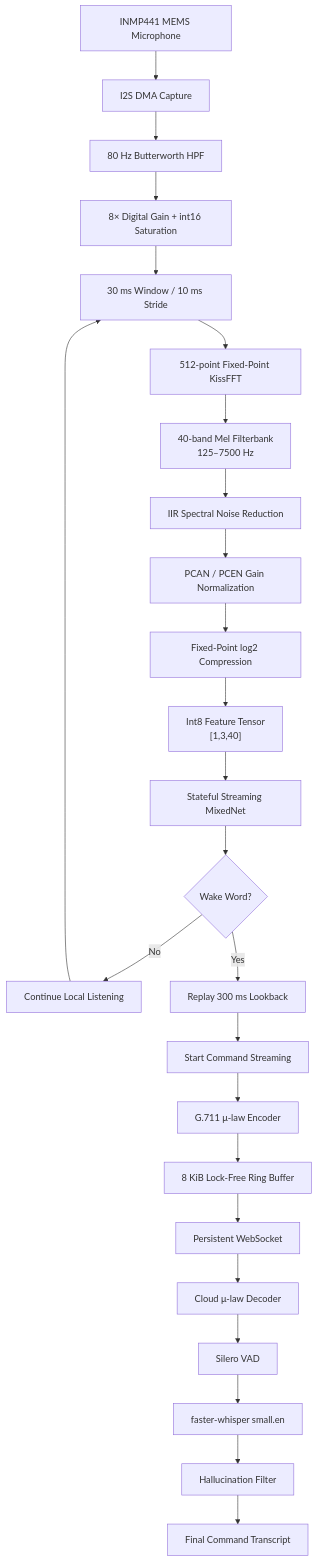
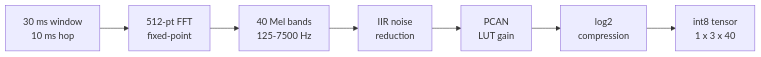
Before and after one commit to Raj24-dev/Kws: the second of 12 diagrams in README.md, drawn with Mermaid. The commit also changed other lines of this file, not shown here.

````diff
--- a/README.md
+++ b/README.md
@@ -191,55 +61,4 @@
 ```mermaid
-flowchart TD
-
-    A["INMP441 MEMS Microphone"]
-    B["I2S DMA Capture"]
-    C["80 Hz Butterworth HPF"]
-    D["8× Digital Gain + int16 Saturation"]
-    E["30 ms Window / 10 ms Stride"]
-    F["512-point Fixed-Point KissFFT"]
-    G["40-band Mel Filterbank<br/>125–7500 Hz"]
-    H["IIR Spectral Noise Reduction"]
-    I["PCAN / PCEN Gain Normalization"]
-    J["Fixed-Point log2 Compression"]
-    K["Int8 Feature Tensor<br/>[1,3,40]"]
-    L["Stateful Streaming MixedNet"]
-    M{"Wake Word?"}
-    N["Continue Local Listening"]
-    O["Replay 300 ms Lookback"]
-    P["Start Command Streaming"]
-    Q["G.711 μ-law Encoder"]
-    R["8 KiB Lock-Free Ring Buffer"]
-    S["Persistent WebSocket"]
-    T["Cloud μ-law Decoder"]
-    U["Silero VAD"]
-    V["faster-whisper small.en"]
-    W["Hallucination Filter"]
-    X["Final Command Transcript"]
-
-    A --> B
-    B --> C
-    C --> D
-    D --> E
-    E --> F
-    F --> G
-    G --> H
-    H --> I
-    I --> J
-    J --> K
-    K --> L
-    L --> M
-
-    M -->|No| N
-    N --> E
-
-    M -->|Yes| O
-    O --> P
-    P --> Q
-    Q --> R
-    R --> S
-    S --> T
-    T --> U
-    U --> V
-    V --> W
-    W --> X
+flowchart LR
+    A["30 ms window<br/>10 ms hop"] --> B["512-pt FFT<br/>fixed-point"] --> C["40 Mel bands<br/>125-7500 Hz"] --> D["IIR noise<br/>reduction"] --> E["PCAN<br/>LUT gain"] --> F["log2<br/>compression"] --> G["int8 tensor<br/>1 x 3 x 40"]
 ```
````
